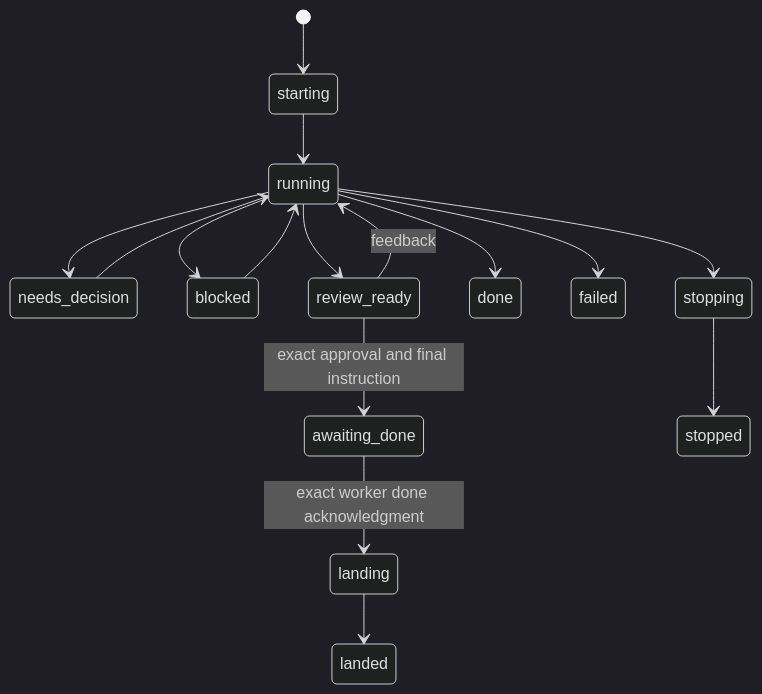
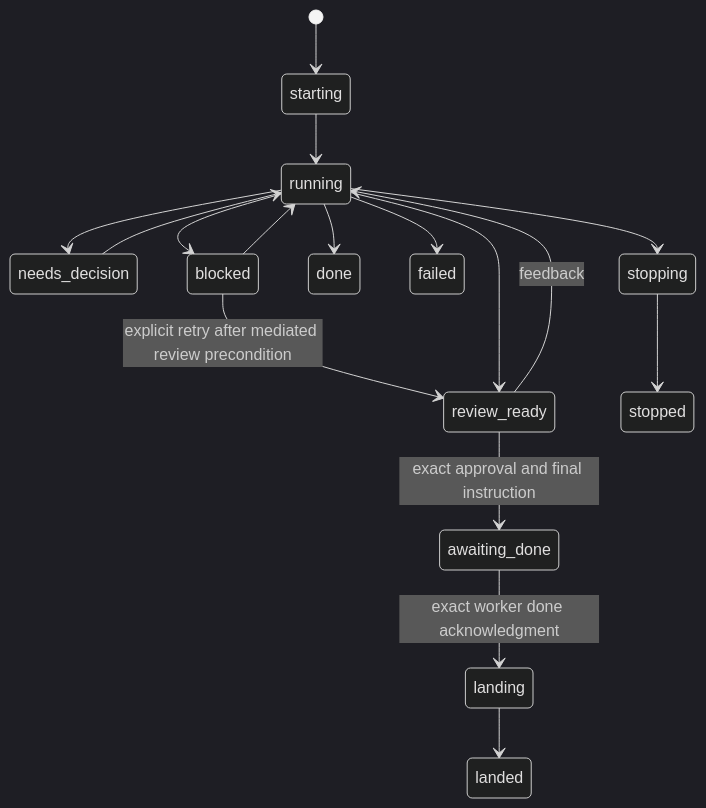
The third of 5 diagrams in tasks/20260818-222337/ARCHITECTURE.md (alexjercan/scufris2), drawn with Mermaid (dark theme) before and after one commit. The commit also changed other lines of this file and 7 other files, not shown here.

Commit message:
Allow shared-session review and retry

````diff
--- a/tasks/20260818-222337/ARCHITECTURE.md
+++ b/tasks/20260818-222337/ARCHITECTURE.md
@@ -263,18 +263,19 @@
 ```mermaid
 stateDiagram-v2
   [*] --> starting
   starting --> running
   running --> needs_decision
   needs_decision --> running
   running --> blocked
   blocked --> running
+  blocked --> review_ready: explicit retry after mediated review precondition
   running --> review_ready
   review_ready --> running: feedback
   review_ready --> awaiting_done: exact approval and final instruction
   awaiting_done --> landing: exact worker done acknowledgment
   landing --> landed
   running --> done
   running --> failed
   running --> stopping
   stopping --> stopped
 ```
````
